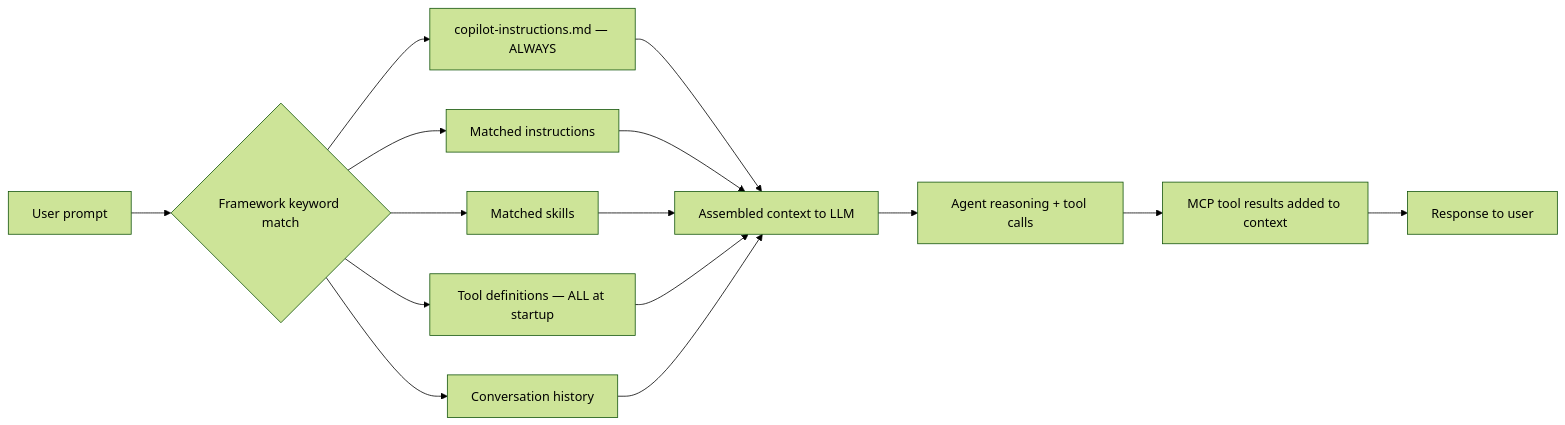
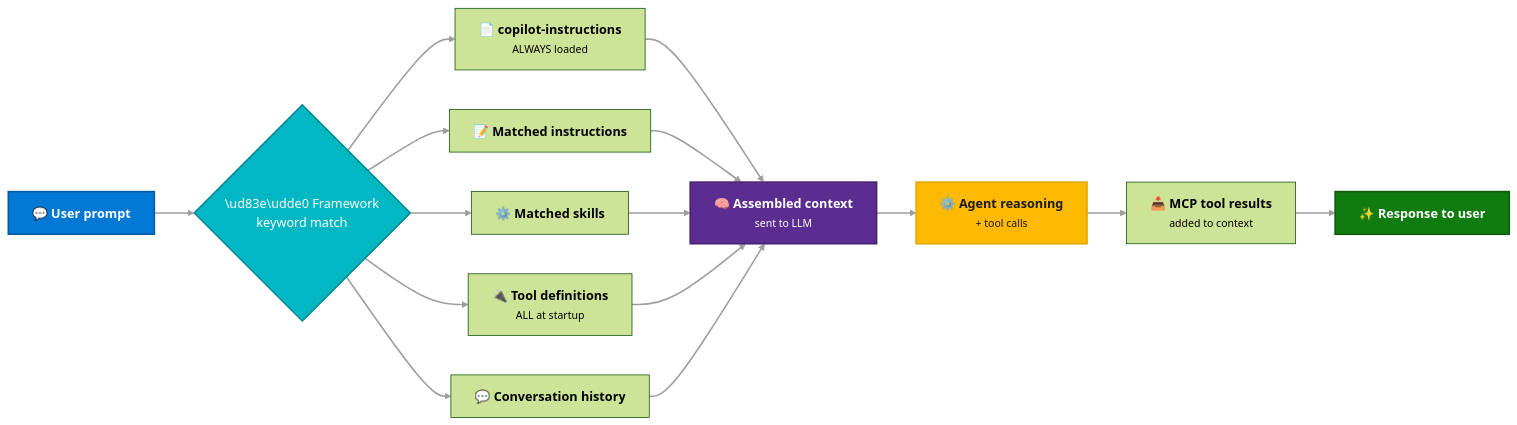
The first of 6 diagrams in site/docs/architecture/context-optimization.md (mjhoffmeister/MCAPS-IQ), drawn with Mermaid (forest theme) before and after one commit. The commit also changed other lines of this file and 57 other files, not shown here.

Commit message:
Refactor mkdocs configuration: remove navigation.expand, update mermaid format, and reorganize nav structure

````diff
--- a/site/docs/architecture/context-optimization.md
+++ b/site/docs/architecture/context-optimization.md
@@ -37,20 +39,28 @@
 ```mermaid
 graph LR
-    A[User prompt] --> B{Framework keyword match}
+    A["💬 <b>User prompt</b>"] --> B{"\ud83e\udde0 Framework<br/>keyword match"}
 
-    B --> C[copilot-instructions.md — ALWAYS]
-    B --> D[Matched instructions]
-    B --> E[Matched skills]
-    B --> F[Tool definitions — ALL at startup]
-    B --> G[Conversation history]
+    B --> C["📄 <b>copilot-instructions</b><br/><small>ALWAYS loaded</small>"]
+    B --> D["📝 <b>Matched instructions</b>"]
+    B --> E["⚙️ <b>Matched skills</b>"]
+    B --> F["🔌 <b>Tool definitions</b><br/><small>ALL at startup</small>"]
+    B --> G["💬 <b>Conversation history</b>"]
 
-    C --> H[Assembled context to LLM]
+    C --> H["🧠 <b>Assembled context</b><br/><small>sent to LLM</small>"]
     D --> H
     E --> H
     F --> H
     G --> H
 
-    H --> I[Agent reasoning + tool calls]
-    I --> J[MCP tool results added to context]
-    J --> K[Response to user]
+    H --> I["⚙️ <b>Agent reasoning</b><br/><small>+ tool calls</small>"]
+    I --> J["📥 <b>MCP tool results</b><br/><small>added to context</small>"]
+    J --> K["✨ <b>Response to user</b>"]
+
+    style A fill:#0078D4,color:#fff,stroke:#005a9e,stroke-width:2px
+    style B fill:#00B7C3,color:#fff,stroke:#008b94,stroke-width:2px
+    style H fill:#5C2D91,color:#fff,stroke:#462170,stroke-width:2px
+    style I fill:#FFB900,color:#1B1B1B,stroke:#e0a700,stroke-width:2px
+    style K fill:#107C10,color:#fff,stroke:#0a5c0a,stroke-width:2px
+
+    linkStyle default stroke:#9e9e9e,stroke-width:2px
 ```
````
